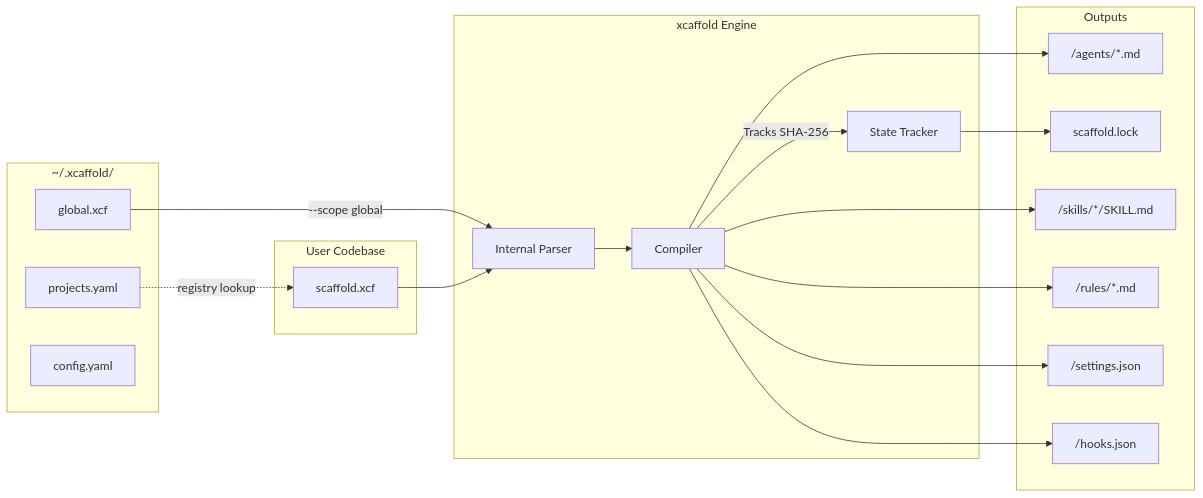
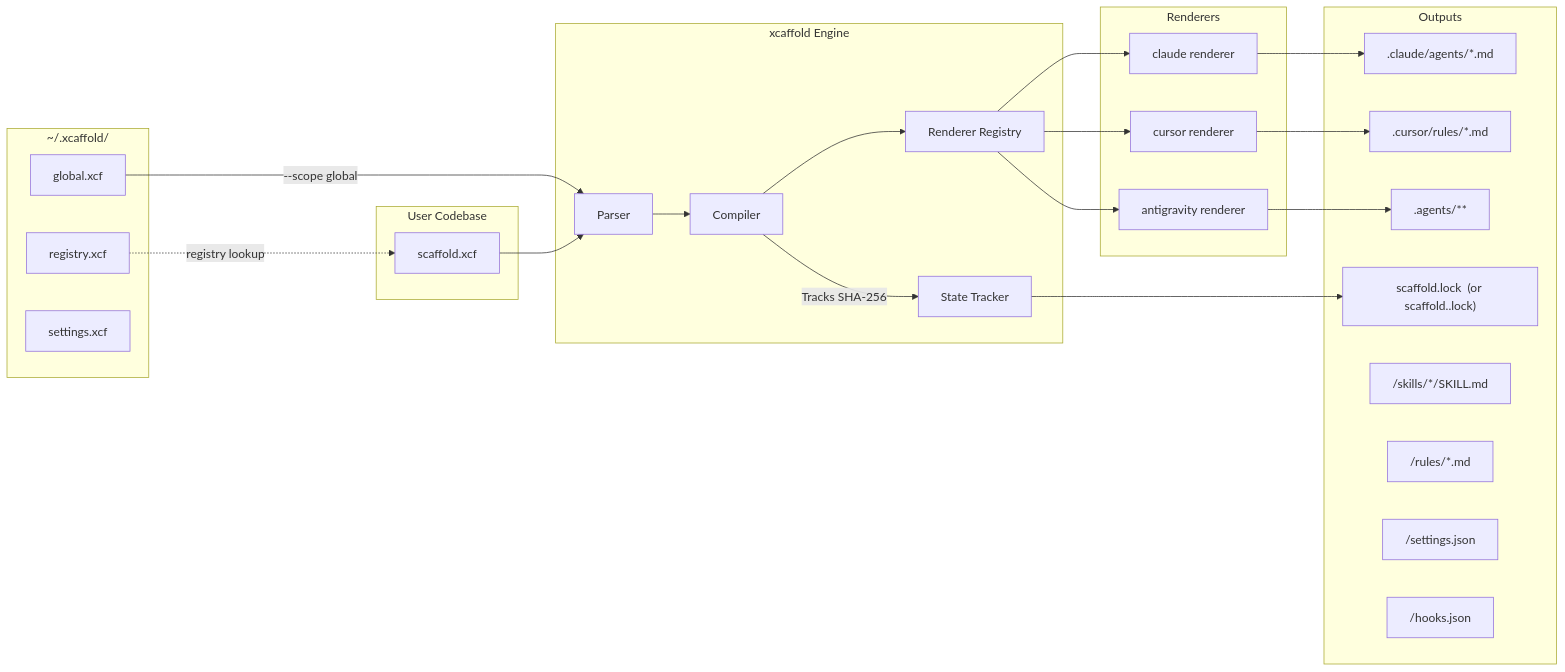
Before and after one commit to saero-ai/xcaffold: the first of 2 diagrams in docs/architecture.md, drawn with Mermaid. The commit also changed other lines of this file and 2 other files, not shown here.

Commit message:
docs(features): update schema references and changelog

````diff
--- a/docs/architecture.md
+++ b/docs/architecture.md
@@ -7,39 +9,47 @@
 ```mermaid
 graph LR
   subgraph Global Home ["~/.xcaffold/"]
-    R[projects.yaml]
+    R[registry.xcf]
     GC[global.xcf]
-    CF[config.yaml]
+    CF[settings.xcf]
   end
 
   subgraph User Codebase
     A[scaffold.xcf]
   end
 
   subgraph xcaffold Engine
-    B[Internal Parser]
+    B[Parser]
     C[Compiler]
     D[State Tracker]
+    RG[Renderer Registry]
+  end
+
+  subgraph Renderers
+    RC[claude renderer]
+    RCU[cursor renderer]
+    RA[antigravity renderer]
   end
 
   subgraph Outputs
-    E["<target_dir>/agents/*.md"]
-    F["scaffold.lock"]
-    G["<target_dir>/skills/*/SKILL.md"]
-    H["<target_dir>/rules/*.md"]
-    I["<target_dir>/settings.json"]
-    J["<target_dir>/hooks.json"]
+    E1[".claude/agents/*.md"]
+    E2[".cursor/rules/*.md"]
+    E3[".agents/**"]
+    F["scaffold.lock  (or scaffold.<target>.lock)"]
+    G["<target>/skills/*/SKILL.md"]
+    H["<target>/rules/*.md"]
+    I["<target>/settings.json"]
+    J["<target>/hooks.json"]
   end
 
-  R -.->|registry lookup| A
+  R -..->|registry lookup| A
   GC -->|"--scope global"| B
   A --> B
   B --> C
-  C --> E
-  C --> G
-  C --> H
-  C --> I
-  C --> J
+  C --> RG
+  RG --> RC --> E1
+  RG --> RCU --> E2
+  RG --> RA --> E3
   C -->|Tracks SHA-256| D
   D --> F
 ```
````
